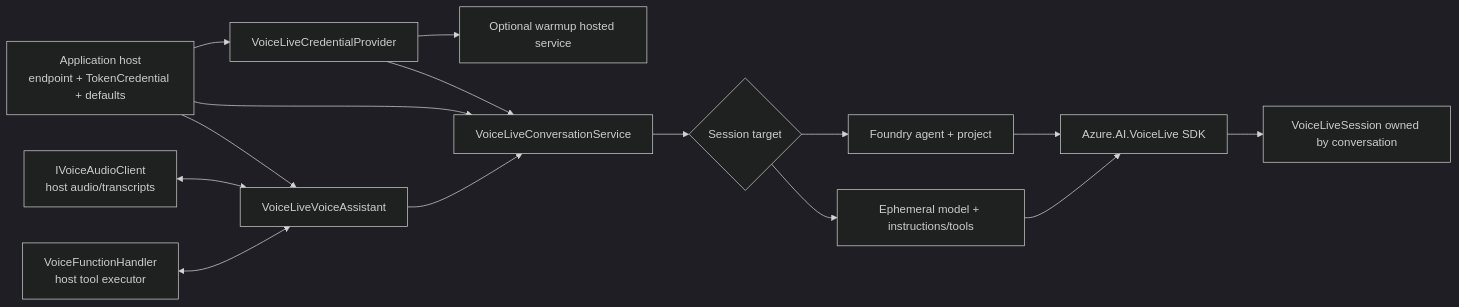
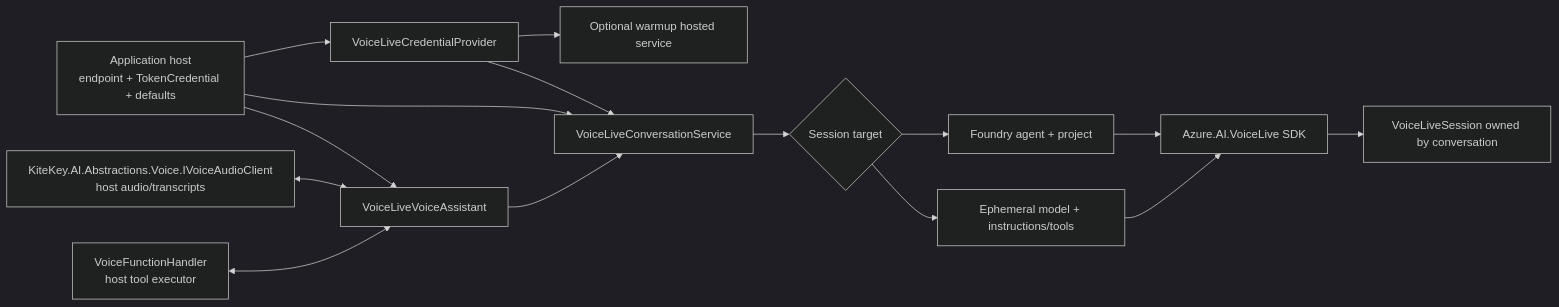
The second of 2 diagrams in docs/architecture.md (Kite-Key/azure), drawn with Mermaid (dark theme) before and after one commit. The commit also changed other lines of this file and 6 other files, not shown here.

First line of the commit message:
Use published AI voice abstractions in VoiceLive package

````diff
--- a/docs/architecture.md
+++ b/docs/architecture.md
@@ -19,17 +19,17 @@
 ```mermaid
 flowchart LR
     Host["Application host<br/>endpoint + TokenCredential + defaults"] --> Provider["VoiceLiveCredentialProvider"]
     Provider --> Warmup["Optional warmup hosted service"]
     Provider --> Conversation["VoiceLiveConversationService"]
     Host --> Conversation
     Host --> Assistant["VoiceLiveVoiceAssistant"]
-    Audio["IVoiceAudioClient<br/>host audio/transcripts"] <--> Assistant
+    Audio["KiteKey.AI.Abstractions.Voice.IVoiceAudioClient<br/>host audio/transcripts"] <--> Assistant
     Handler["VoiceFunctionHandler<br/>host tool executor"] <--> Assistant
     Assistant --> Conversation
     Conversation --> Target{"Session target"}
     Target --> Agent["Foundry agent + project"]
     Target --> Model["Ephemeral model + instructions/tools"]
     Agent --> SDK["Azure.AI.VoiceLive SDK"]
     Model --> SDK
     SDK --> Session["VoiceLiveSession owned by conversation"]
 ```
````
